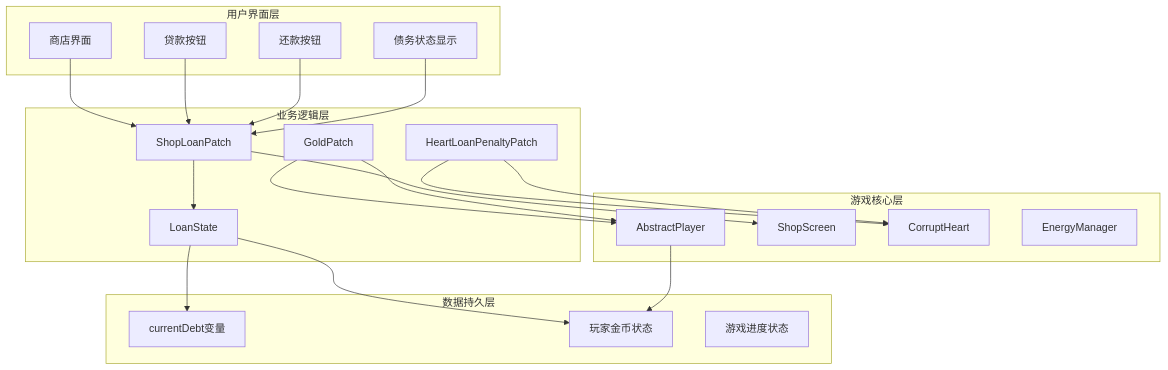
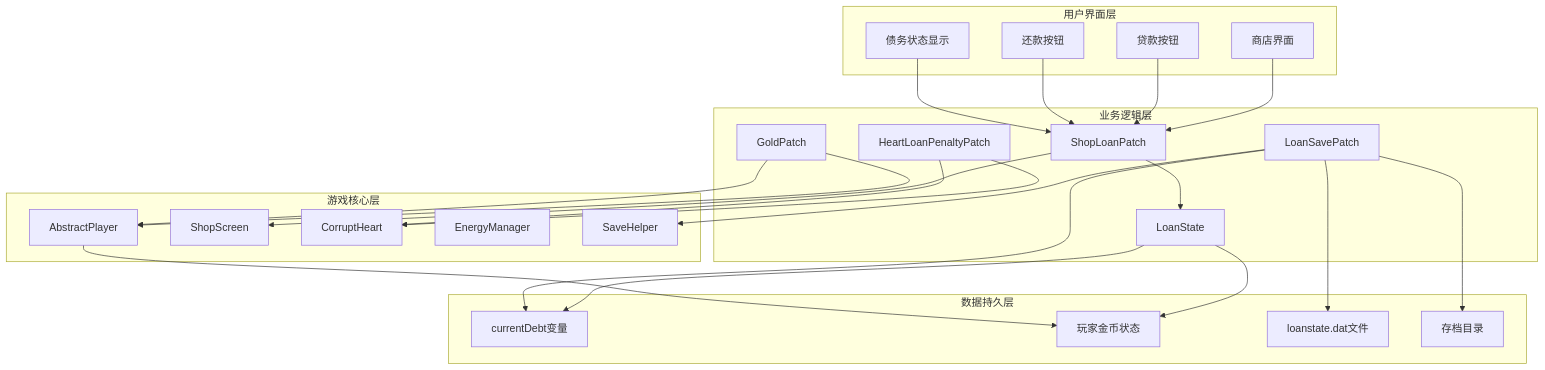
The second of 14 diagrams in .qoder/repowiki/zh/content/核心功能/经济系统.md (StephenZhuang/SpireMod), drawn with Mermaid before and after one commit. The commit also changed other lines of this file and 35 other files, not shown here.

````diff
--- a/.qoder/repowiki/zh/content/核心功能/经济系统.md
+++ b/.qoder/repowiki/zh/content/核心功能/经济系统.md
@@ -118,39 +136,46 @@
 ```mermaid
 graph TB
 subgraph "用户界面层"
 A[商店界面]
 B[贷款按钮]
 C[还款按钮]
 D[债务状态显示]
 end
 subgraph "业务逻辑层"
 E[ShopLoanPatch]
 F[LoanState]
 G[GoldPatch]
 H[HeartLoanPenaltyPatch]
+I[LoanSavePatch]
 end
 subgraph "游戏核心层"
-I[AbstractPlayer]
-J[ShopScreen]
-K[CorruptHeart]
-L[EnergyManager]
+J[AbstractPlayer]
+K[ShopScreen]
+L[CorruptHeart]
+M[EnergyManager]
+N[SaveHelper]
 end
 subgraph "数据持久层"
-M[currentDebt变量]
-N[玩家金币状态]
-O[游戏进度状态]
+O[currentDebt变量]
+P[玩家金币状态]
+Q[loanstate.dat文件]
+R[存档目录]
 end
 A --> E
 B --> E
 C --> E
 D --> E
 E --> F
-G --> I
-H --> K
-F --> M
-F --> N
+G --> J
+H --> L
 I --> N
-E --> J
-G --> I
-H --> K
+I --> Q
+I --> R
+F --> O
+F --> P
+J --> P
+E --> K
+G --> J
+H --> L
+I --> O
 ```
````
